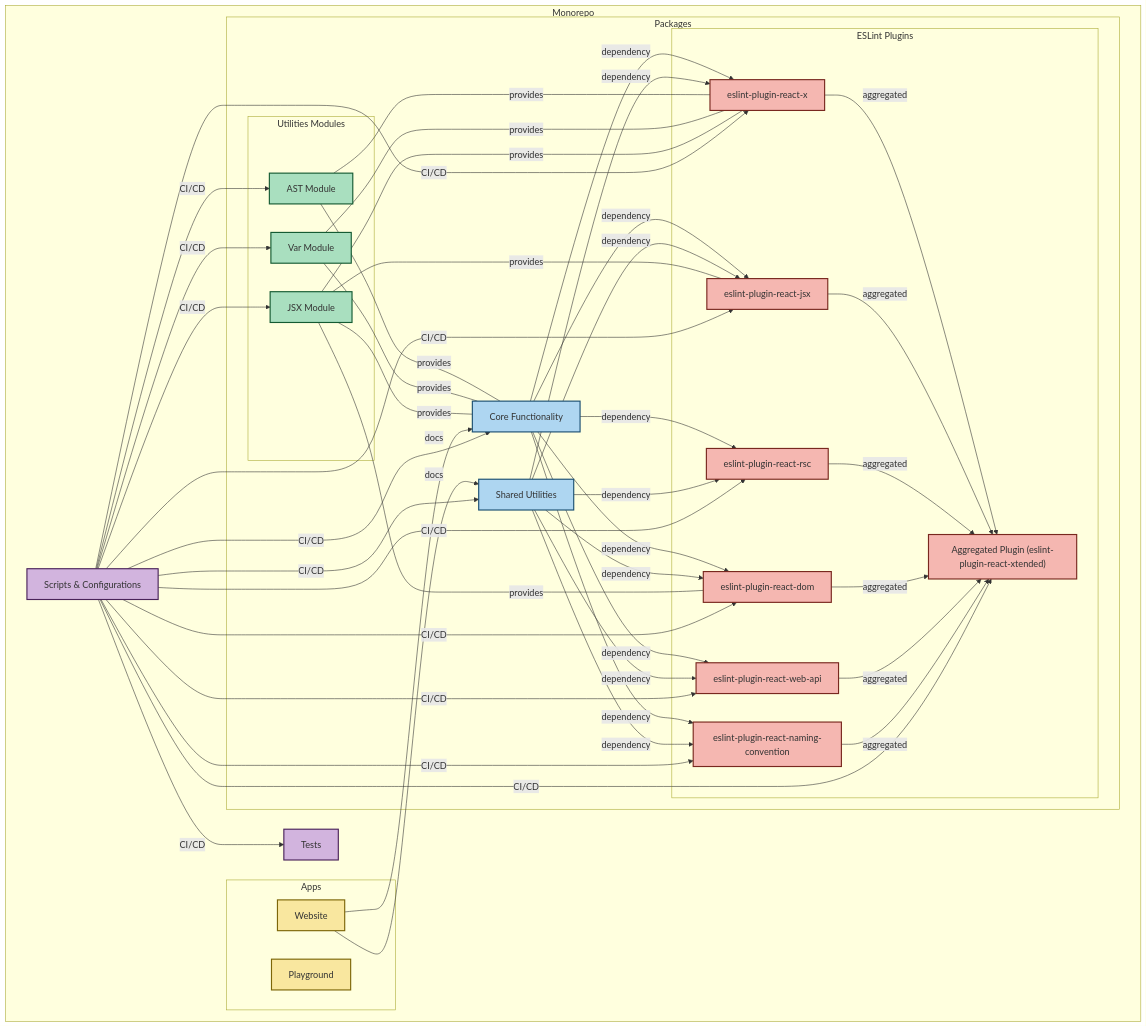
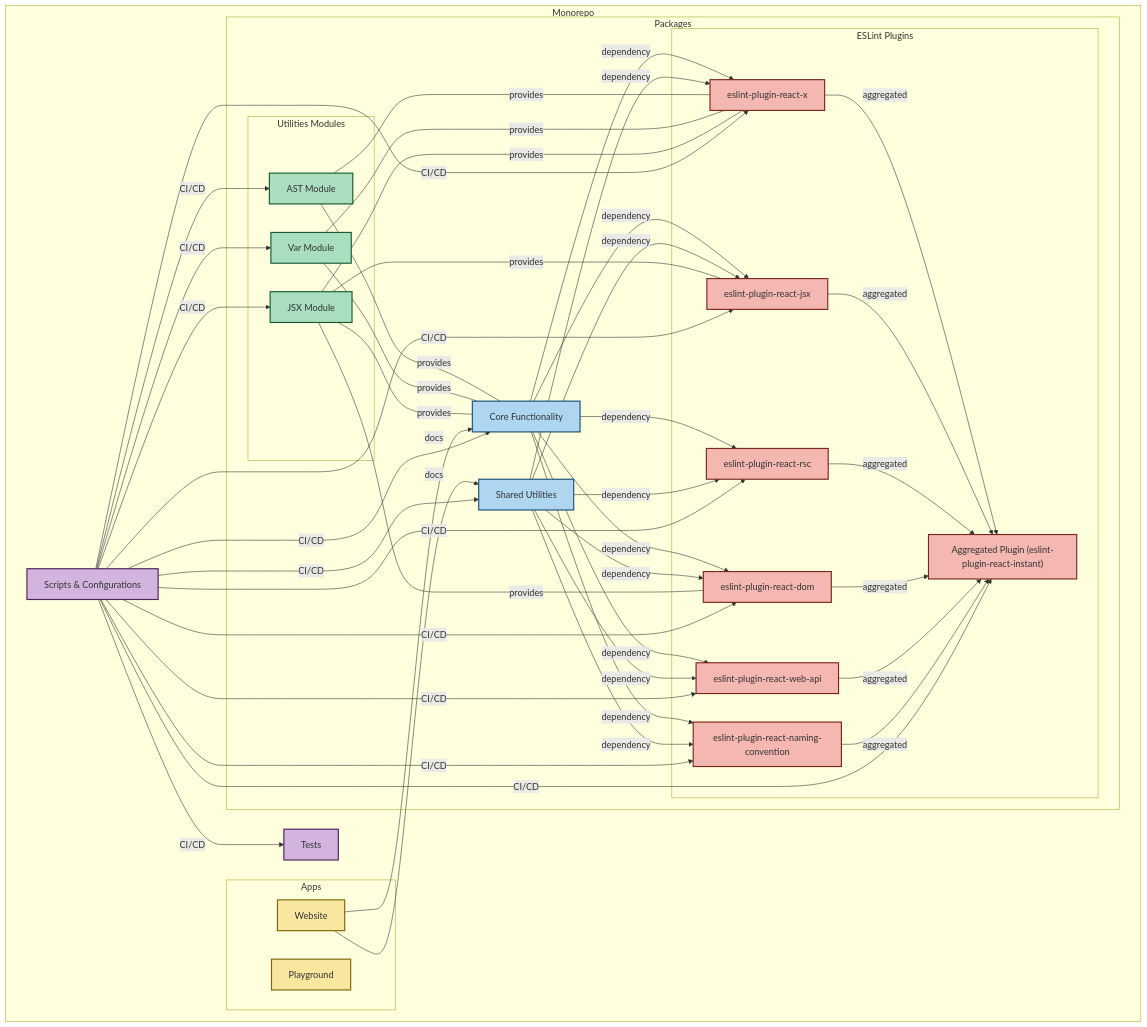
One commit to Rel1cx/eslint-react changed the diagram in apps/website/content/docs/contributing.mdx. Above: the diagram before and after it, drawn with Mermaid. The commit also changed other lines of this file and 163 other files, not shown here.

Commit message:
refactor: rename eslint-plugin-react-xtended to eslint-plugin-react-instant (#1706)

```diff
--- a/apps/website/content/docs/contributing.mdx
+++ b/apps/website/content/docs/contributing.mdx
@@ -40,7 +40,7 @@
                 ReactDOM["eslint-plugin-react-dom"]:::plugins
                 ReactWebAPI["eslint-plugin-react-web-api"]:::plugins
                 ReactNamingConvention["eslint-plugin-react-naming-convention"]:::plugins
-                ReactAggregated["Aggregated Plugin (eslint-plugin-react-xtended)"]:::plugins
+                ReactAggregated["Aggregated Plugin (eslint-plugin-react-instant)"]:::plugins
             end
         end
 
@@ -119,7 +119,7 @@
     click ReactDOM "https://github.com/rel1cx/eslint-react/tree/main/packages/eslint-plugin-react-dom"
     click ReactWebAPI "https://github.com/rel1cx/eslint-react/tree/main/packages/eslint-plugin-react-web-api"
     click ReactNamingConvention "https://github.com/rel1cx/eslint-react/tree/main/packages/eslint-plugin-react-naming-convention"
-    click ReactAggregated "https://github.com/rel1cx/eslint-react/tree/main/packages/eslint-plugin-react-xtended"
+    click ReactAggregated "https://github.com/rel1cx/eslint-react/tree/main/packages/eslint-plugin-react-instant"
     click Scripts "https://github.com/rel1cx/eslint-react/tree/main/scripts"
     click Tests "https://github.com/rel1cx/eslint-react/tree/main/test"
 
```
